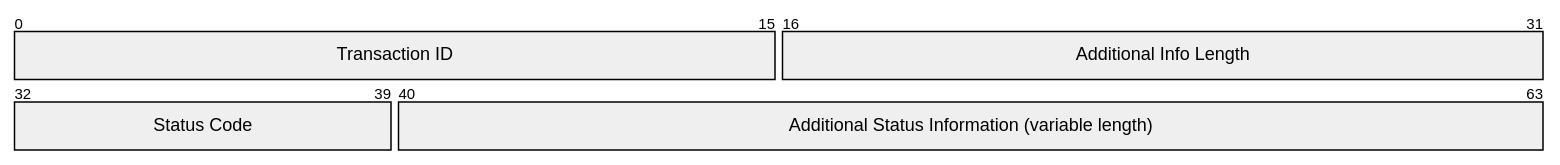
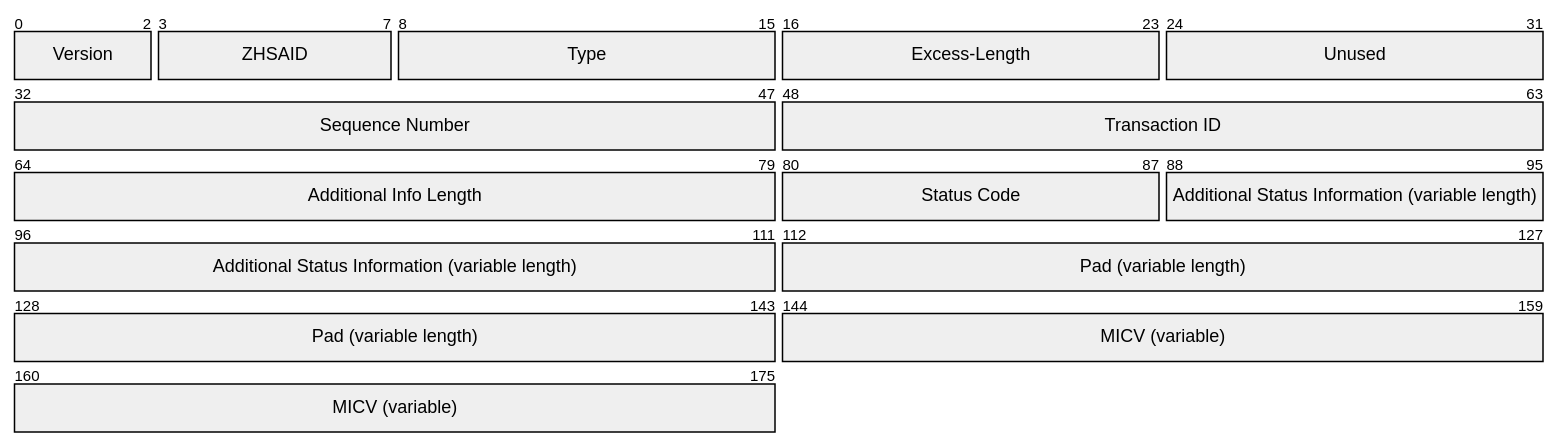
One commit to org-zpr/zpr-rfcs changed diagram 21 of 43 in src/17-ZPR-Data-Protocol/body.md. Above: the diagram before and after it, drawn with Mermaid. The commit also changed other lines of this file, not shown here.

````diff
--- a/src/17-ZPR-Data-Protocol/body.md
+++ b/src/17-ZPR-Data-Protocol/body.md
@@ -3056,8 +3330,16 @@
 ``` mermaid
 %%| fig-cap: ENDPOINT Address Registration and Deregistration Response Packet Format
 packet
++3: "Version"
++5: "ZHSAID"
++8: "Type"
++8: "Excess-Length"
++8: "Unused"
++16: "Sequence Number"
 +16: "Transaction ID"
 +16: "Additional Info Length"
 +8: "Status Code"
 +24: "Additional Status Information (variable length)"
++32: "Pad (variable length)"
++32: "MICV (variable)"
 ```
````
